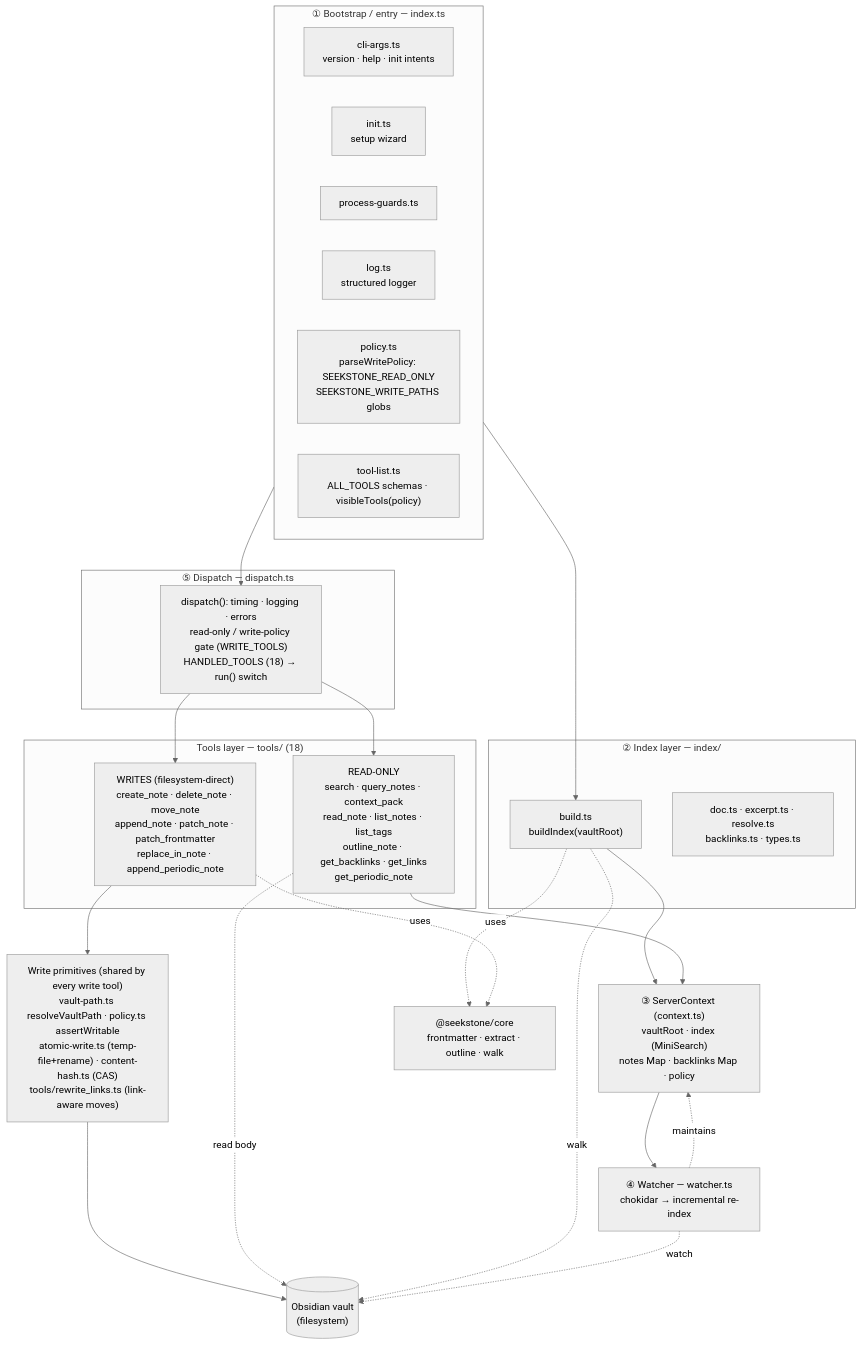
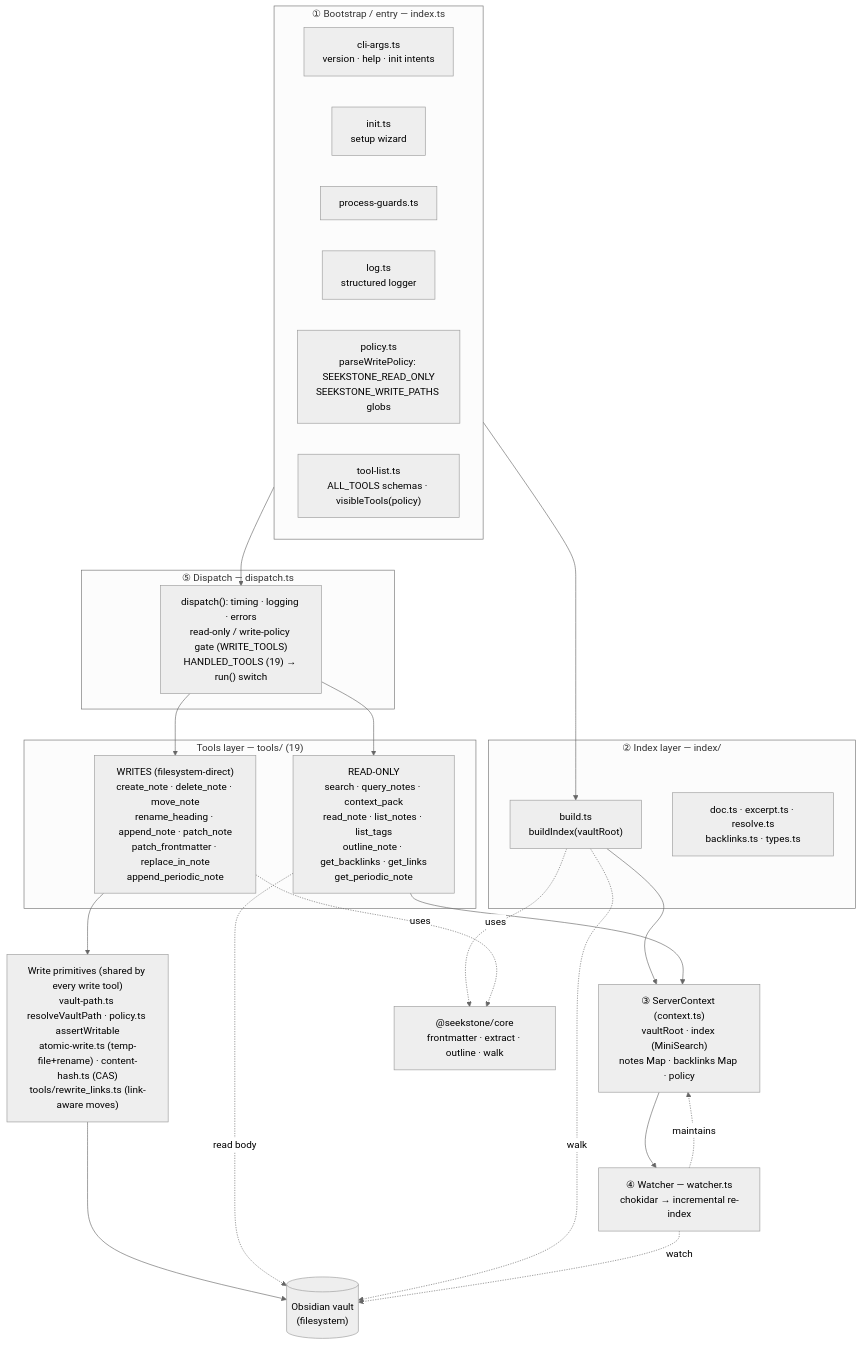
The second of 5 diagrams in docs/ARCHITECTURE.md (shaqmughal/seekstone), drawn with Mermaid (neutral theme) before and after one commit. The commit also changed other lines of this file and 18 other files, not shown here.

First line of the commit message:
feat(server): rename_heading — vault-wide heading rename with reference rewriting (#242)

````diff
--- a/docs/ARCHITECTURE.md
+++ b/docs/ARCHITECTURE.md
@@ -61,50 +61,50 @@
 ```mermaid
 flowchart TD
     subgraph boot["① Bootstrap / entry — index.ts"]
         cliargs["cli-args.ts<br/>version · help · init intents"]
         init["init.ts<br/>setup wizard"]
         guards["process-guards.ts"]
         log["log.ts<br/>structured logger"]
         pol["policy.ts<br/>parseWritePolicy: SEEKSTONE_READ_ONLY<br/>SEEKSTONE_WRITE_PATHS globs"]
         tl["tool-list.ts<br/>ALL_TOOLS schemas · visibleTools(policy)"]
     end
 
     subgraph idx["② Index layer — index/"]
         build["build.ts<br/>buildIndex(vaultRoot)"]
         doc["doc.ts · excerpt.ts · resolve.ts<br/>backlinks.ts · types.ts"]
     end
 
     ctx["③ ServerContext (context.ts)<br/>vaultRoot · index (MiniSearch)<br/>notes Map · backlinks Map · policy"]
 
     watch["④ Watcher — watcher.ts<br/>chokidar → incremental re-index"]
 
     subgraph disp["⑤ Dispatch — dispatch.ts"]
-        dispatcher["dispatch(): timing · logging · errors<br/>read-only / write-policy gate (WRITE_TOOLS)<br/>HANDLED_TOOLS (18) → run() switch"]
+        dispatcher["dispatch(): timing · logging · errors<br/>read-only / write-policy gate (WRITE_TOOLS)<br/>HANDLED_TOOLS (19) → run() switch"]
     end
 
-    subgraph tools["Tools layer — tools/ (18)"]
+    subgraph tools["Tools layer — tools/ (19)"]
         reads["READ-ONLY<br/>search · query_notes · context_pack<br/>read_note · list_notes · list_tags<br/>outline_note · get_backlinks · get_links<br/>get_periodic_note"]
-        writes["WRITES (filesystem-direct)<br/>create_note · delete_note · move_note<br/>append_note · patch_note · patch_frontmatter<br/>replace_in_note · append_periodic_note"]
+        writes["WRITES (filesystem-direct)<br/>create_note · delete_note · move_note<br/>rename_heading · append_note · patch_note<br/>patch_frontmatter · replace_in_note<br/>append_periodic_note"]
     end
 
     prims["Write primitives (shared by every write tool)<br/>vault-path.ts resolveVaultPath · policy.ts assertWritable<br/>atomic-write.ts (temp-file+rename) · content-hash.ts (CAS)<br/>tools/rewrite_links.ts (link-aware moves)"]
 
     vault[("Obsidian vault<br/>(filesystem)")]
     core2["@seekstone/core<br/>frontmatter · extract · outline · walk"]
 
     boot --> build
     build --> ctx
     build -. uses .-> core2
     ctx --> watch
     watch -. maintains .-> ctx
     boot --> dispatcher
     dispatcher --> reads
     dispatcher --> writes
     reads --> ctx
     writes --> prims
     prims --> vault
     writes -. uses .-> core2
     reads -. read body .-> vault
     build -. walk .-> vault
     watch -. watch .-> vault
 ```
````
